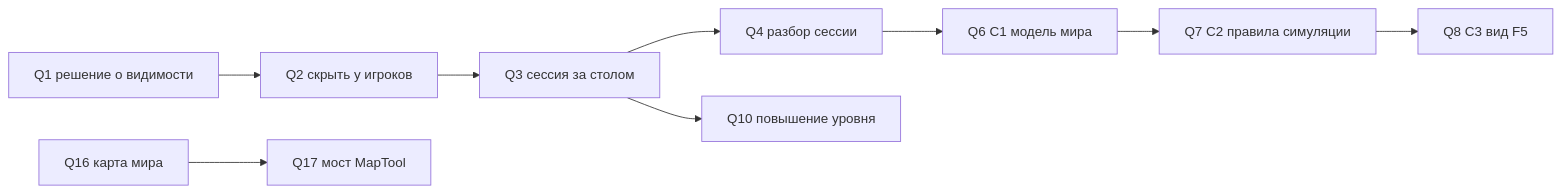
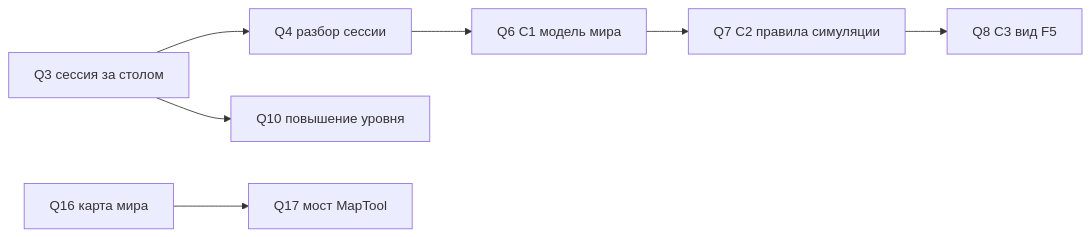
One commit to dmitry00-00/cockpit changed the diagram in TASKS.md. Above: the diagram before and after it, drawn with Mermaid. The commit also changed other lines of this file and 20 other files, not shown here.

````diff
--- a/TASKS.md
+++ b/TASKS.md
@@ -9,11 +9,10 @@
 ```mermaid
 flowchart LR
-  Q1[Q1 решение о видимости] --> Q2[Q2 скрыть у игроков]
-  Q2 --> Q3[Q3 сессия за столом]
+  Q3[Q3 сессия за столом]
   Q3 --> Q4[Q4 разбор сессии]
   Q4 --> Q6[Q6 C1 модель мира]
   Q6 --> Q7[Q7 C2 правила симуляции]
   Q7 --> Q8[Q8 C3 вид F5]
   Q16[Q16 карта мира] --> Q17[Q17 мост MapTool]
   Q3 --> Q10[Q10 повышение уровня]
 ```
````
